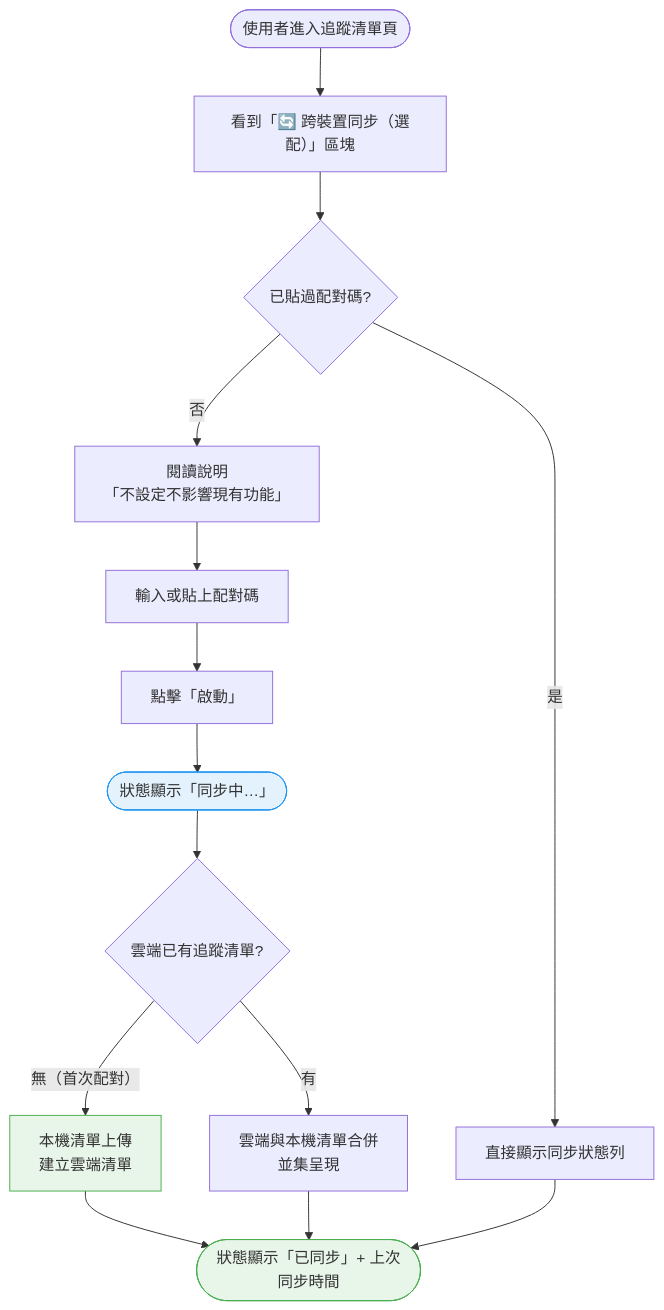
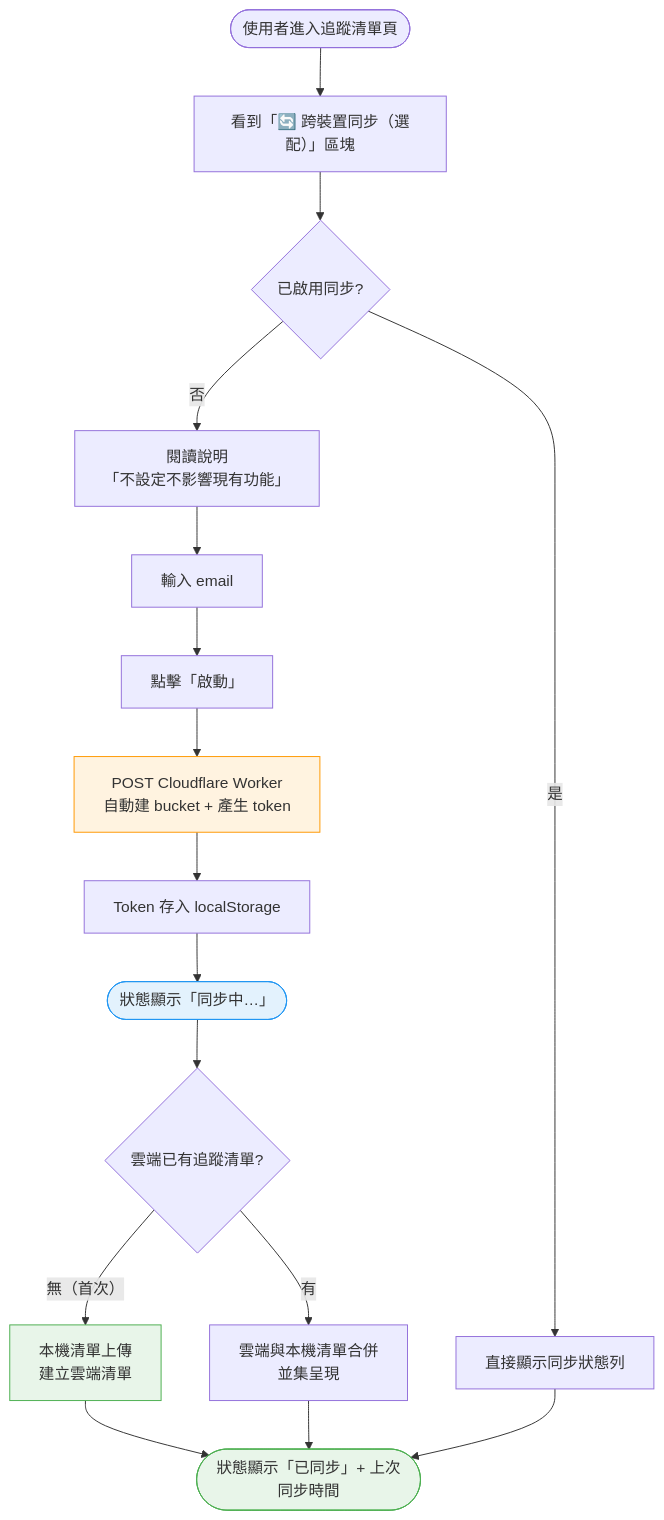
One commit to YuHaoLiaoSideProject/StockPayDay changed the first of 4 diagrams in docs/interaction-flows/phases/phase-9-跨裝置追蹤清單同步.md. Above: the diagram before and after it, drawn with Mermaid. The commit also changed other lines of this file and 11 other files, not shown here.

First line of the commit message:
feat(phase-9): implement cross-device watchlist sync with Cloudflare Worker proxy

````diff
--- a/docs/interaction-flows/phases/phase-9-跨裝置追蹤清單同步.md
+++ b/docs/interaction-flows/phases/phase-9-跨裝置追蹤清單同步.md
@@ -59,20 +75,23 @@
 ```mermaid
 flowchart TD
     Start([使用者進入追蹤清單頁]) --> Section[看到「🔄 跨裝置同步（選配）」區塊]
-    Section --> Paired{已貼過配對碼?}
+    Section --> Paired{已啟用同步?}
     Paired -->|否| Explain[閱讀說明<br/>「不設定不影響現有功能」]
-    Explain --> Enter[輸入或貼上配對碼]
-    Enter --> ClickStart[點擊「啟動」]
-    ClickStart --> Syncing([狀態顯示「同步中…」])
+    Explain --> EnterEmail[輸入 email]
+    EnterEmail --> ClickStart[點擊「啟動」]
+    ClickStart --> Worker[POST Cloudflare Worker<br/>自動建 bucket + 產生 token]
+    Worker --> Store[Token 存入 localStorage]
+    Store --> Syncing([狀態顯示「同步中…」])
     Syncing --> Remote{雲端已有追蹤清單?}
-    Remote -->|無（首次配對）| Upload[本機清單上傳<br/>建立雲端清單]
+    Remote -->|無（首次）| Upload[本機清單上傳<br/>建立雲端清單]
     Remote -->|有| Merge[雲端與本機清單合併<br/>並集呈現]
     Upload --> Synced([狀態顯示「已同步」+ 上次同步時間])
     Merge --> Synced
     Paired -->|是| StatusBar[直接顯示同步狀態列]
     StatusBar --> Synced
 
     style Syncing fill:#e3f2fd,stroke:#2196f3
     style Synced fill:#e8f5e9,stroke:#4caf50
     style Upload fill:#e8f5e9,stroke:#4caf50
+    style Worker fill:#fff3e0,stroke:#ff9800
 ```
````
